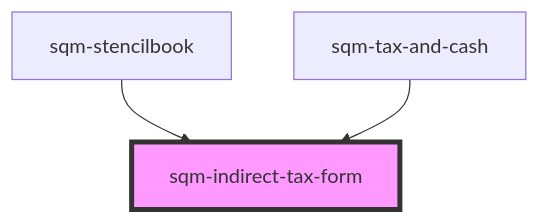
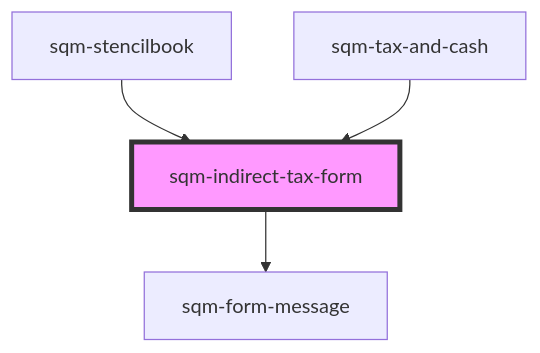
One commit to saasquatch/program-tools changed the diagram in packages/mint-components/src/components/tax-and-cash/sqm-indirect-tax-form/readme.md. Above: the diagram before and after it, drawn with Mermaid. The commit also changed other lines of this file and 11 other files, not shown here.

````diff
--- a/packages/mint-components/src/components/tax-and-cash/sqm-indirect-tax-form/readme.md
+++ b/packages/mint-components/src/components/tax-and-cash/sqm-indirect-tax-form/readme.md
@@ -51,6 +55,7 @@
 ```mermaid
 graph TD;
+  sqm-indirect-tax-form --> sqm-form-message
   sqm-stencilbook --> sqm-indirect-tax-form
   sqm-tax-and-cash --> sqm-indirect-tax-form
   style sqm-indirect-tax-form fill:#f9f,stroke:#333,stroke-width:4px
 ```
````
